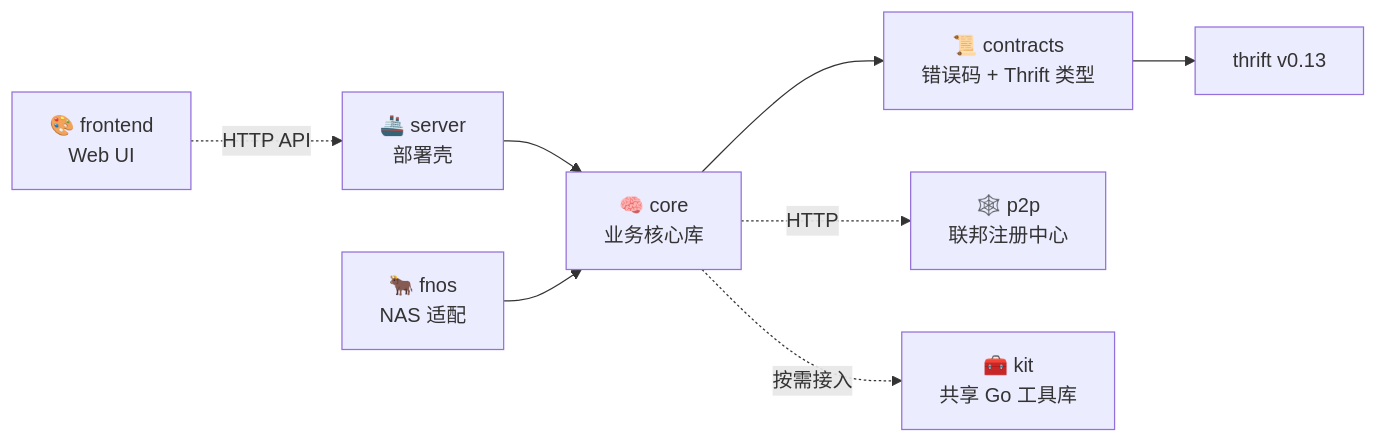
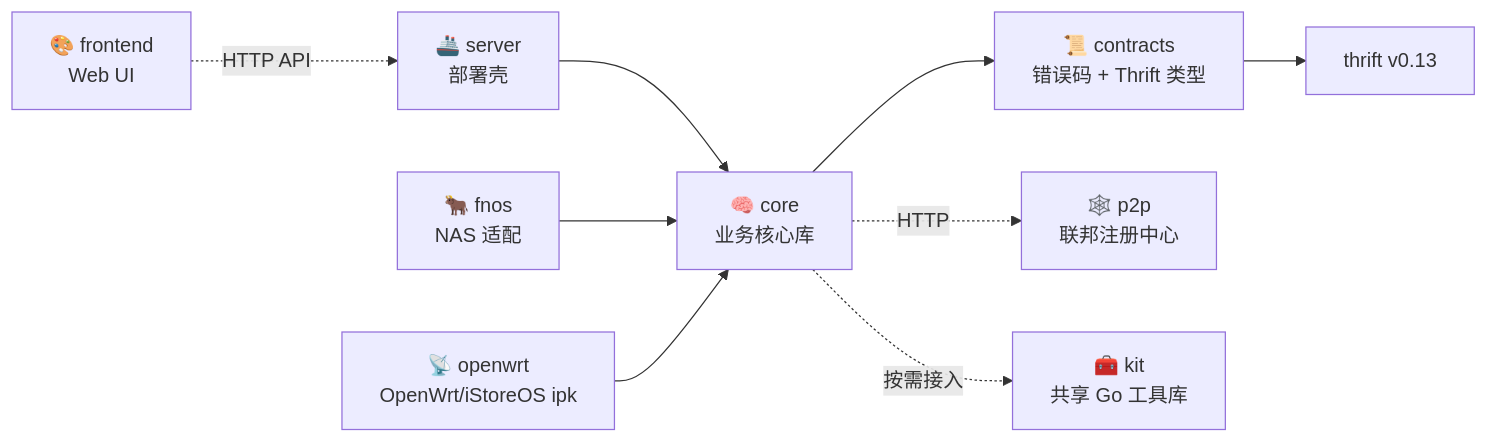
Before and after one commit to filescodebox/.github: the diagram in profile/README.md, drawn with Mermaid. The commit also changed other lines of this file, not shown here.

Commit message:
docs(profile): 接入 OpenWrt/iStoreOS 交付形态——仓库导航/特性/依赖图/快速开始/制品出口补 openwrt;存储后端补全 14 种;镜像清单补 p2p

````diff
--- a/profile/README.md
+++ b/profile/README.md
@@ -46,12 +47,13 @@
 ```mermaid
 graph LR
     frontend["🎨 frontend<br/>Web UI"] -. HTTP API .-> server["🚢 server<br/>部署壳"]
     server --> core["🧠 core<br/>业务核心库"]
     fnos["🐂 fnos<br/>NAS 适配"] --> core
+    openwrt["📡 openwrt<br/>OpenWrt/iStoreOS ipk"] --> core
     core --> contracts["📜 contracts<br/>错误码 + Thrift 类型"]
     contracts --> thrift["thrift v0.13"]
     p2p["🕸️ p2p<br/>联邦注册中心"]
     core -. HTTP .-> p2p
     kit["🧰 kit<br/>共享 Go 工具库"]
     core -.->|"按需接入"| kit
 ```
````
